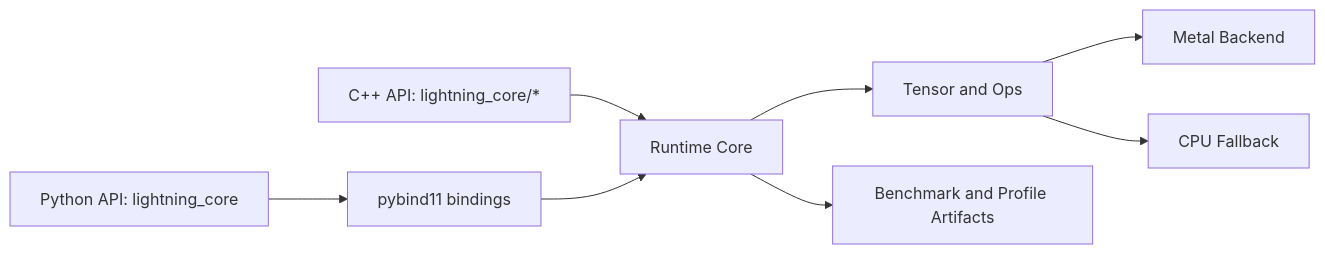
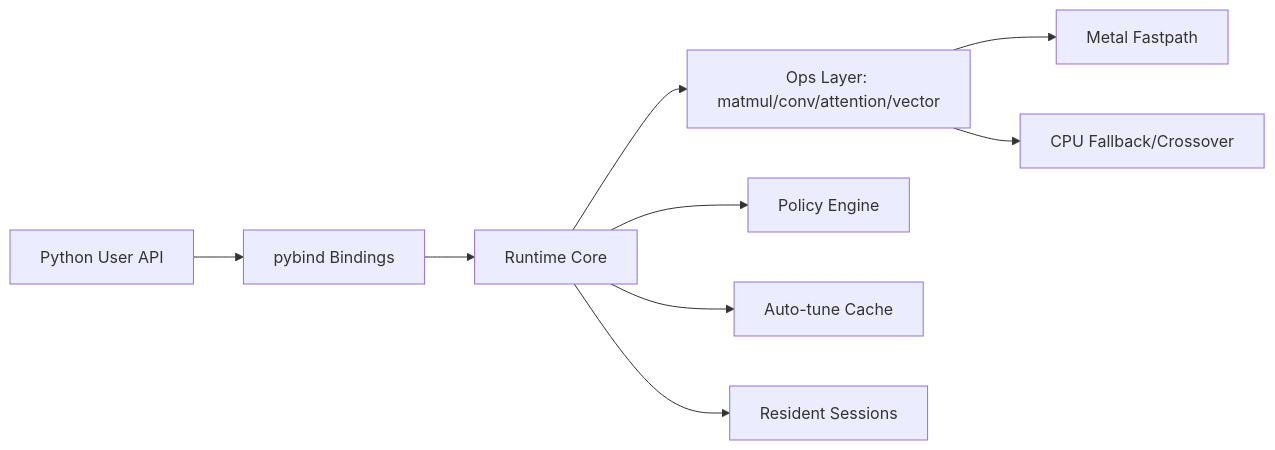
One commit to wnsgus00114-droid/lightining-core changed the first of 4 diagrams in README.md. Above: the diagram before and after it, drawn with Mermaid. The commit also changed other lines of this file and 22 other files, not shown here.

````diff
--- a/README.md
+++ b/README.md
@@ -31,10 +44,11 @@
 ```mermaid
 flowchart LR
-	A[Python API: lightning_core] --> B[pybind11 bindings]
-	C[C++ API: lightning_core/*] --> D[Runtime Core]
-	B --> D
-	D --> E[Tensor and Ops]
-	E --> F[Metal Backend]
-	E --> G[CPU Fallback]
-	D --> H[Benchmark and Profile Artifacts]
+    A[Python User API] --> B[pybind Bindings]
+    B --> C[Runtime Core]
+    C --> D[Ops Layer: matmul/conv/attention/vector]
+    D --> E[Metal Fastpath]
+    D --> F[CPU Fallback/Crossover]
+    C --> G[Policy Engine]
+    C --> H[Auto-tune Cache]
+    C --> I[Resident Sessions]
 ```
````
